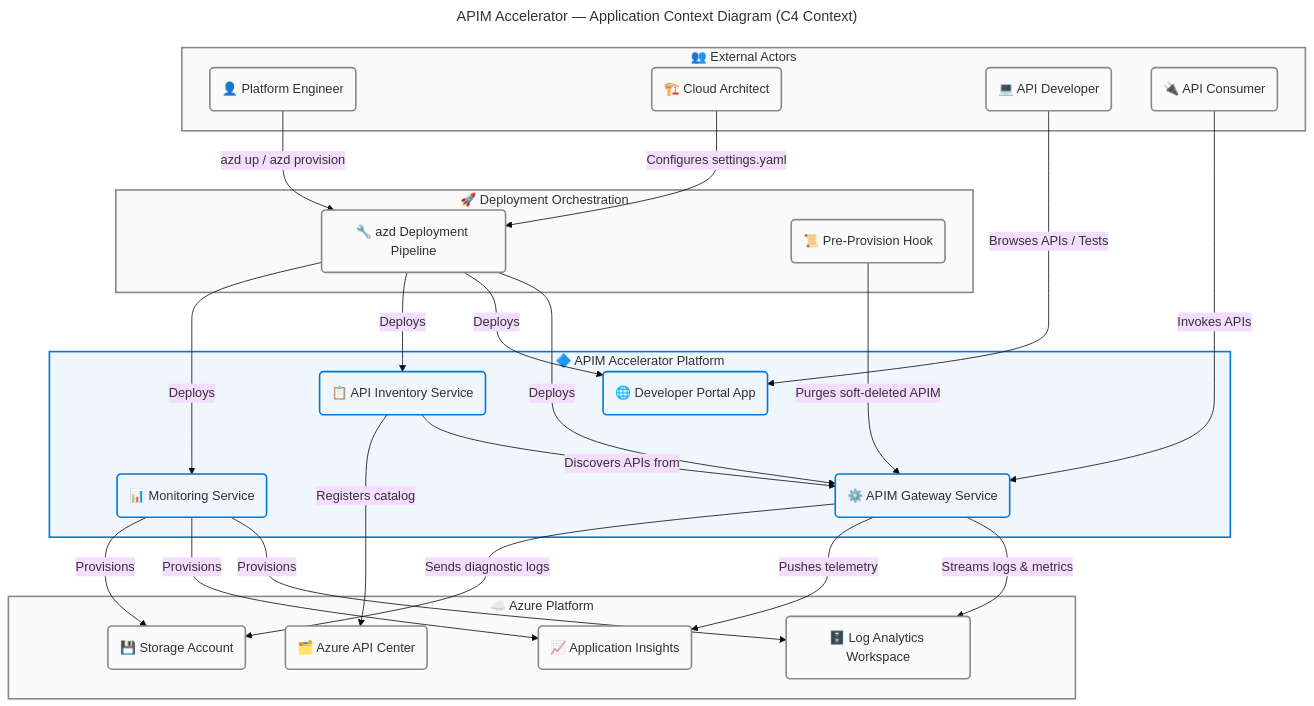
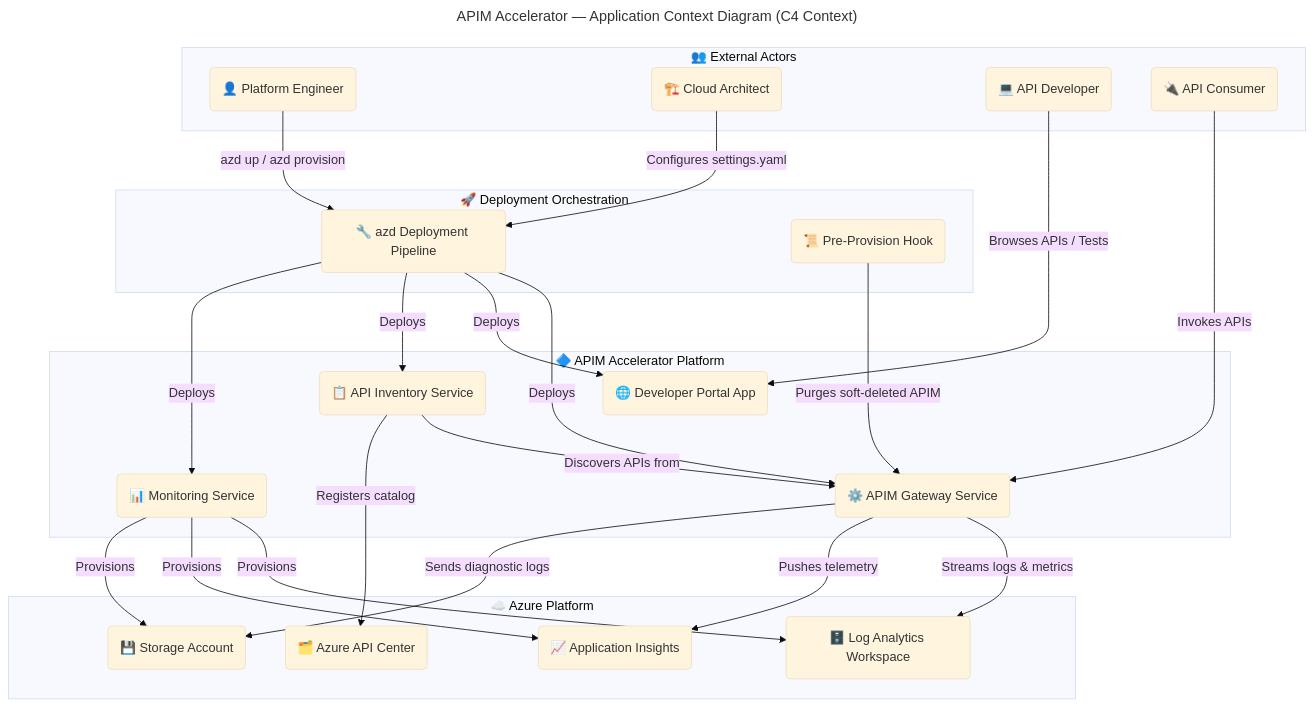
One commit to Evilazaro/APIM-Accelerator changed the first of 8 diagrams in docs/architecture/application-architecture.md. Above: the diagram before and after it, drawn with Mermaid. The commit also changed other lines of this file and 2 other files, not shown here.

Commit message:
style: remove redundant comments and streamline flowchart styles for clarity in architecture documentation

````diff
--- a/docs/architecture/application-architecture.md
+++ b/docs/architecture/application-architecture.md
@@ -81,79 +81,64 @@
 ```mermaid
 ---
 title: "APIM Accelerator — Application Context Diagram (C4 Context)"
 config:
   theme: base
   look: classic
   layout: dagre
   themeVariables:
     fontSize: '16px'
   flowchart:
     htmlLabels: true
 ---
 flowchart TB
     accTitle: APIM Accelerator Application Context Diagram
     accDescr: C4 Context diagram showing the four primary application services and their relationships with external actors and downstream consumers
 
-    %% ═══════════════════════════════════════════════════════════════════════════
-    %% AZURE / FLUENT ARCHITECTURE PATTERN v1.1
-    %% (Semantic + Structural + Font + Accessibility Governance)
-    %% ═══════════════════════════════════════════════════════════════════════════
-    %% PHASE 1 - FLUENT UI: All styling uses approved Fluent UI palette only
-    %% PHASE 2 - GROUPS: Every subgraph has semantic color via style directive
-    %% PHASE 3 - COMPONENTS: Every node has semantic classDef + icon prefix
-    %% PHASE 4 - ACCESSIBILITY: accTitle/accDescr present, WCAG AA contrast
-    %% PHASE 5 - STANDARD: Governance block present, classDefs centralized
-    %% ═══════════════════════════════════════════════════════════════════════════
+
 
     subgraph ACTORS["👥 External Actors"]
         PE("👤 Platform Engineer"):::neutral
         ARCH("🏗️ Cloud Architect"):::neutral
         DEV("💻 API Developer"):::neutral
         CON("🔌 API Consumer"):::neutral
     end
 
     subgraph PLATFORM["🔷 APIM Accelerator Platform"]
         APIM("⚙️ APIM Gateway Service"):::core
         PORTAL("🌐 Developer Portal App"):::core
         INVENTORY("📋 API Inventory Service"):::core
         MON("📊 Monitoring Service"):::core
     end
 
     subgraph AZD["🚀 Deployment Orchestration"]
         PIPELINE("🔧 azd Deployment Pipeline"):::neutral
         HOOK("📜 Pre-Provision Hook"):::neutral
     end
 
     subgraph AZURE["☁️ Azure Platform"]
         LAW("🗄️ Log Analytics Workspace"):::neutral
         AI("📈 Application Insights"):::neutral
         APICENTER("🗂️ Azure API Center"):::neutral
         SA("💾 Storage Account"):::neutral
     end
 
     PE -->|"azd up / azd provision"| PIPELINE
     ARCH -->|"Configures settings.yaml"| PIPELINE
     PIPELINE -->|"Deploys"| APIM
     PIPELINE -->|"Deploys"| PORTAL
     PIPELINE -->|"Deploys"| INVENTORY
     PIPELINE -->|"Deploys"| MON
     HOOK -->|"Purges soft-deleted APIM"| APIM
     DEV -->|"Browses APIs / Tests"| PORTAL
     CON -->|"Invokes APIs"| APIM
     APIM -->|"Streams logs & metrics"| LAW
     APIM -->|"Pushes telemetry"| AI
     APIM -->|"Sends diagnostic logs"| SA
     INVENTORY -->|"Discovers APIs from"| APIM
     INVENTORY -->|"Registers catalog"| APICENTER
     MON -->|"Provisions"| LAW
     MON -->|"Provisions"| AI
     MON -->|"Provisions"| SA
 
-    classDef neutral fill:#FAFAFA,stroke:#8A8886,stroke-width:2px,color:#323130
-    classDef core fill:#EFF6FC,stroke:#0078D4,stroke-width:2px,color:#323130
 
-    style ACTORS fill:#FAFAFA,stroke:#8A8886,stroke-width:2px,color:#323130
-    style PLATFORM fill:#EFF6FC,stroke:#0078D4,stroke-width:2px,color:#323130
-    style AZD fill:#FAFAFA,stroke:#8A8886,stroke-width:2px,color:#323130
-    style AZURE fill:#FAFAFA,stroke:#8A8886,stroke-width:2px,color:#323130
 ```
````
